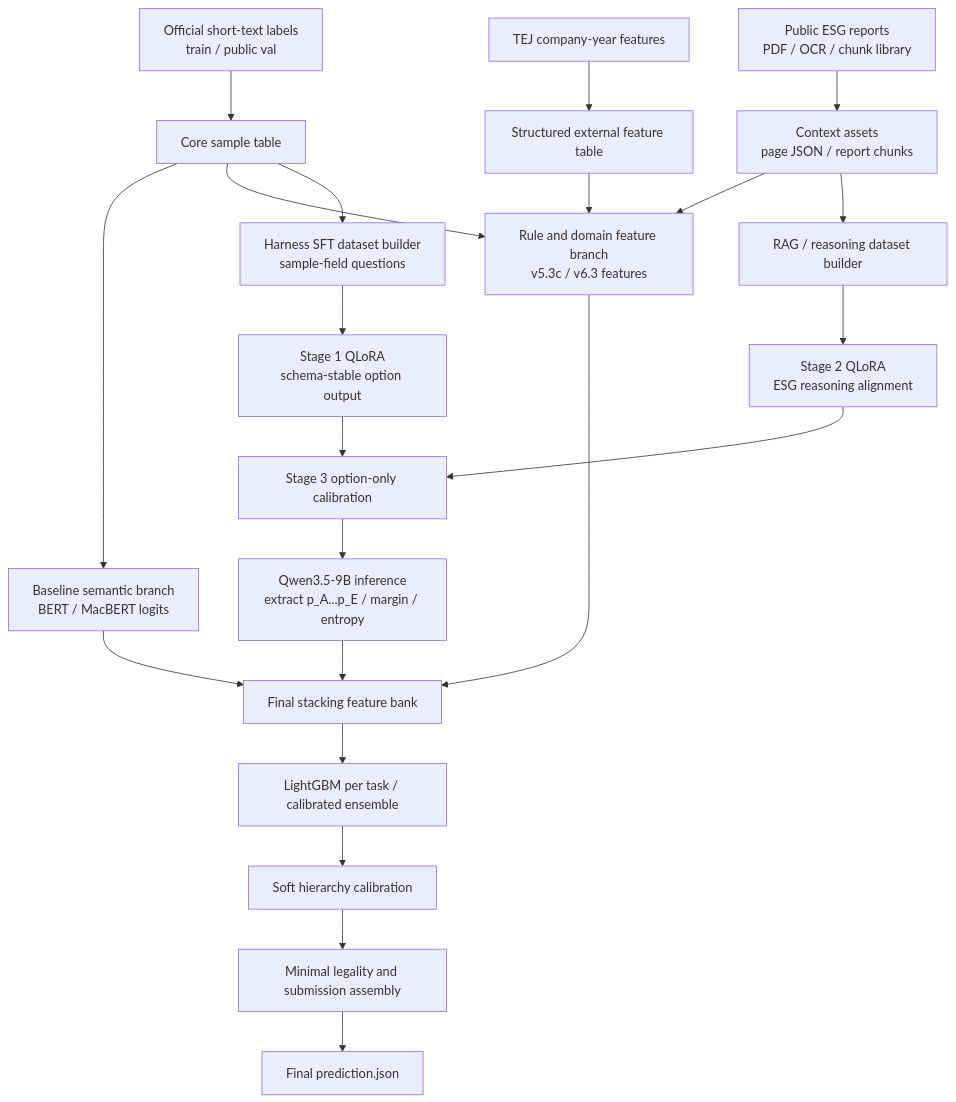
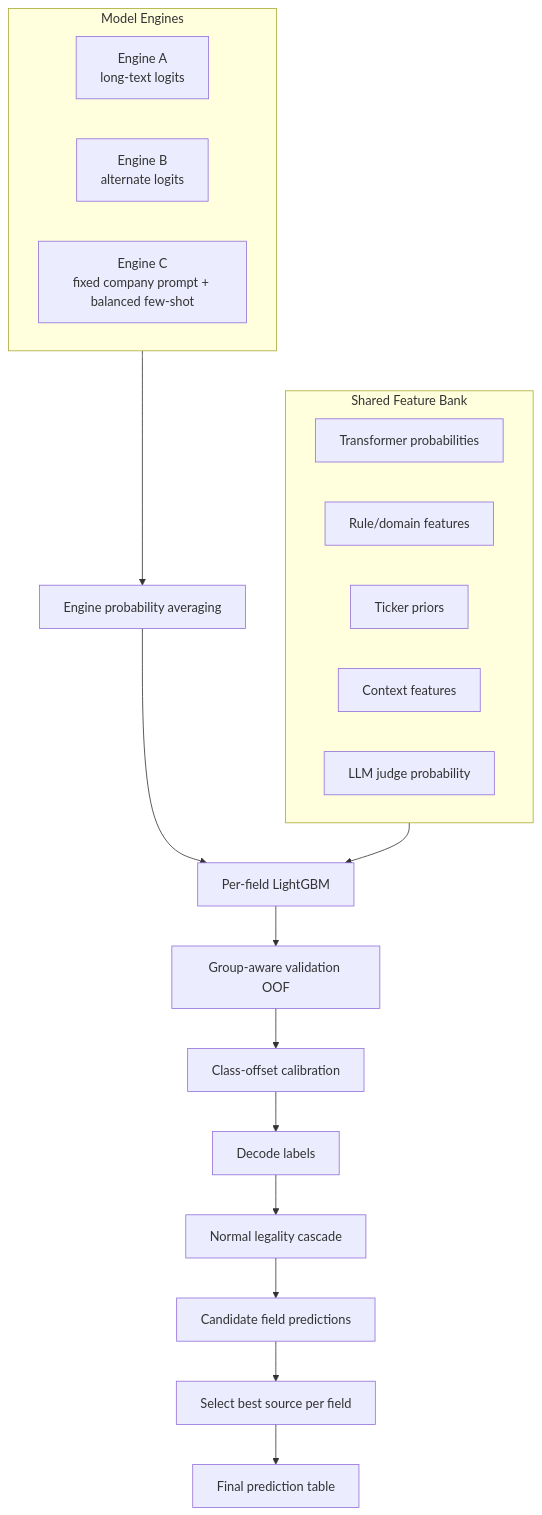
Before and after one commit to Hank0503oUo/veripromise-esg-competition-architecture: the third of 8 diagrams in README.md, drawn with Mermaid. The commit also changed other lines of this file, not shown here.

Commit message:
Update public architecture overview

````diff
--- a/README.md
+++ b/README.md
@@ -351,30 +227,27 @@
 ```mermaid
-flowchart TD
-    A["Official short-text labels<br/>train / public val"] --> B["Core sample table"]
-    C["Public ESG reports<br/>PDF / OCR / chunk library"] --> D["Context assets<br/>page JSON / report chunks"]
-    E["TEJ company-year features"] --> F["Structured external feature table"]
+flowchart TB
+    subgraph engines["Model Engines"]
+        a["Engine A\nlong-text logits"]
+        b["Engine B\nalternate logits"]
+        c["Engine C\nfixed company prompt + balanced few-shot"]
+    end
 
-    B --> G["Baseline semantic branch<br/>BERT / MacBERT logits"]
-    B --> H["Rule and domain feature branch<br/>v5.3c / v6.3 features"]
-    D --> H
-    F --> H
+    subgraph features["Shared Feature Bank"]
+        sem["Transformer probabilities"]
+        rules["Rule/domain features"]
+        prior["Ticker priors"]
+        context["Context features"]
+        judge["LLM judge probability"]
+    end
 
-    B --> I["Harness SFT dataset builder<br/>sample-field questions"]
-    D --> J["RAG / reasoning dataset builder"]
-
-    I --> K["Stage 1 QLoRA<br/>schema-stable option output"]
-    J --> L["Stage 2 QLoRA<br/>ESG reasoning alignment"]
-    K --> M["Stage 3 option-only calibration"]
-    L --> M
-
-    M --> N["Qwen3.5-9B inference<br/>extract p_A...p_E / margin / entropy"]
-
-    G --> O["Final stacking feature bank"]
-    H --> O
-    N --> O
-
-    O --> P["LightGBM per task / calibrated ensemble"]
-    P --> Q["Soft hierarchy calibration"]
-    Q --> R["Minimal legality and submission assembly"]
-    R --> S["Final prediction.json"]
+    engines --> avg["Engine probability averaging"]
+    avg --> stack["Per-field LightGBM"]
+    features --> stack
+    stack --> oof["Group-aware validation OOF"]
+    oof --> calibrate["Class-offset calibration"]
+    calibrate --> decode["Decode labels"]
+    decode --> legal["Normal legality cascade"]
+    legal --> fieldPool["Candidate field predictions"]
+    fieldPool --> transplant["Select best source per field"]
+    transplant --> final["Final prediction table"]
 ```
````
